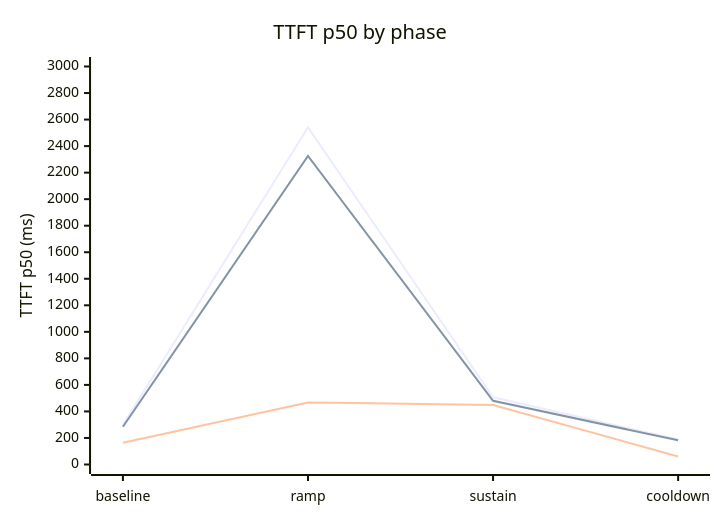
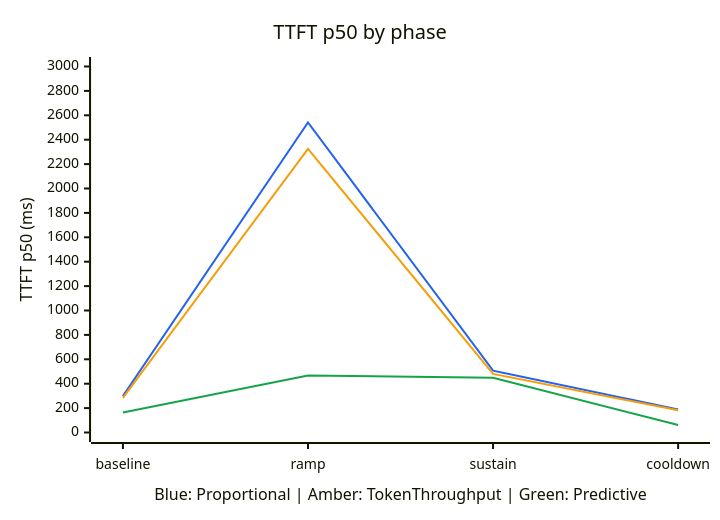
The third of 9 diagrams in docs/modules/model-deployment/scaling-benchmark.md (gpustack/gpustack-operator), drawn with Mermaid before and after one commit. The commit also changed other lines of this file and 106 other files, not shown here.

````diff
--- a/docs/modules/model-deployment/scaling-benchmark.md
+++ b/docs/modules/model-deployment/scaling-benchmark.md
@@ -175,9 +202,10 @@
 ```mermaid
+%%{init: {"themeVariables": {"xyChart": {"plotColorPalette": "#2563eb, #f59e0b, #16a34a"}}}}%%
 xychart-beta
     title "TTFT p50 by phase"
-    x-axis ["baseline", "ramp", "sustain", "cooldown"]
+    x-axis "Blue: Proportional | Amber: TokenThroughput | Green: Predictive" ["baseline", "ramp", "sustain", "cooldown"]
     y-axis "TTFT p50 (ms)" 0 --> 3000
-    line [298.564, 2540.853, 506.734, 188.231]
-    line [284.481, 2325.222, 480.418, 182.044]
-    line [164.044, 467.906, 447.864, 60.883]
+    line "Proportional" [298.564, 2540.853, 506.734, 188.231]
+    line "TokenThroughput" [284.481, 2325.222, 480.418, 182.044]
+    line "Predictive" [164.044, 467.906, 447.864, 60.883]
 ```
````
